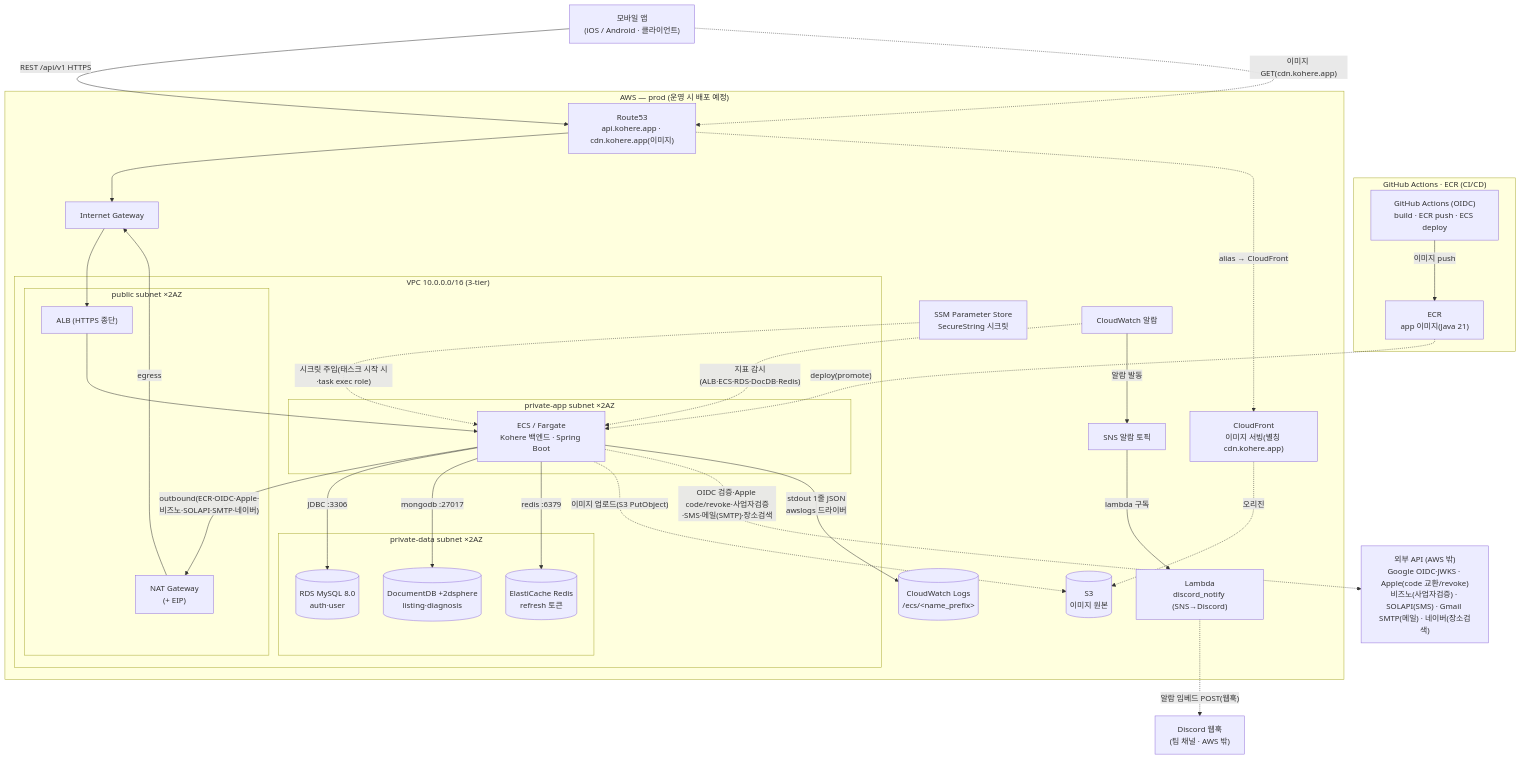
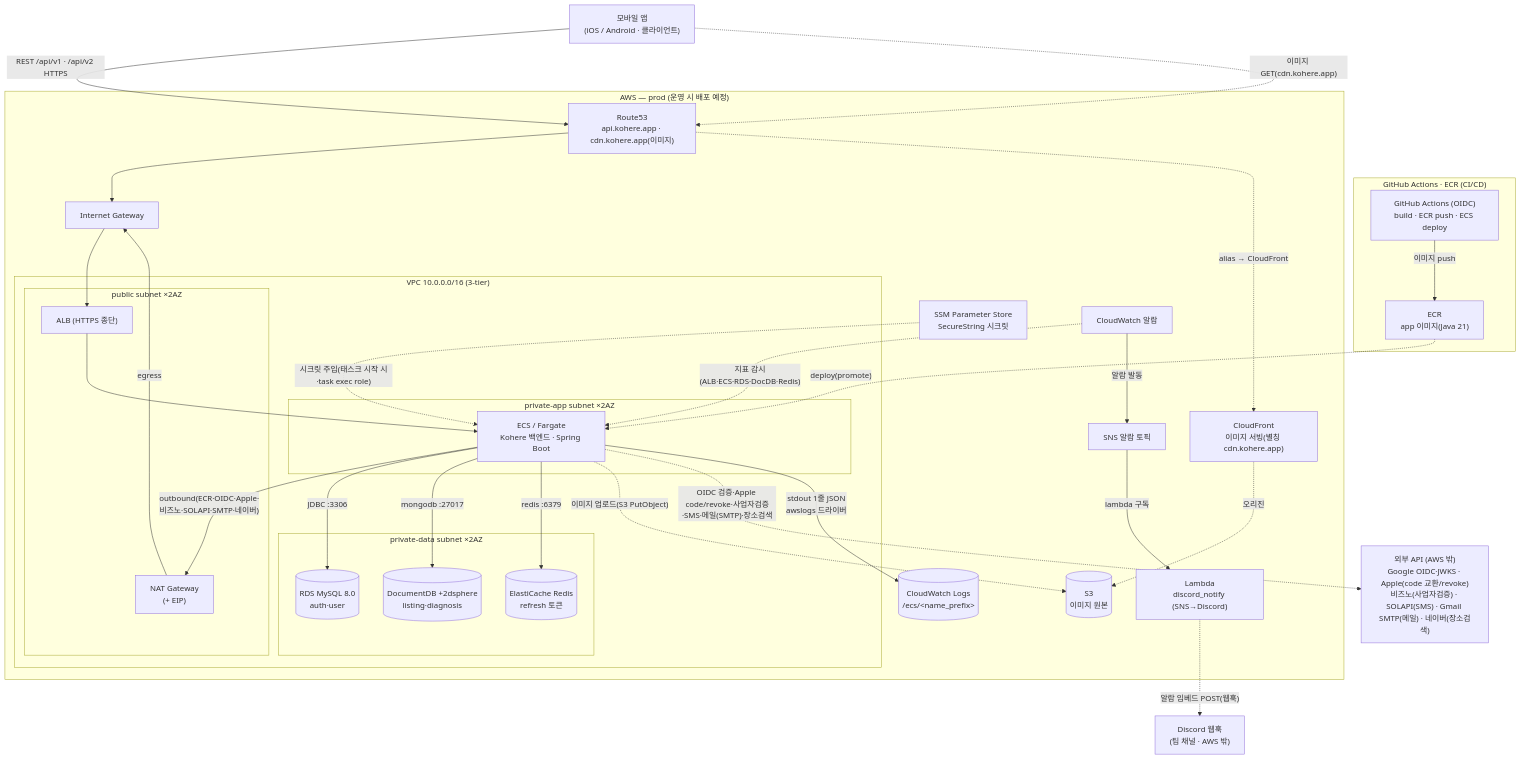
Before and after one commit to jameskim9509/Kohere-backend: the fourth of 5 diagrams in docs/architecture/system-overview.md, drawn with Mermaid. The commit also changed other lines of this file and 210 other files, not shown here.

````diff
--- a/docs/architecture/system-overview.md
+++ b/docs/architecture/system-overview.md
@@ -199,60 +210,60 @@
 ```mermaid
 flowchart TB
     APP["모바일 앱<br/>(iOS / Android · 클라이언트)"]
     EXT["외부 API (AWS 밖)<br/>Google OIDC·JWKS · Apple(code 교환/revoke)<br/>비즈노(사업자검증) · SOLAPI(SMS) · Gmail SMTP(메일) · 네이버(장소검색)"]
     DISCORD["Discord 웹훅<br/>(팀 채널 · AWS 밖)"]
 
     subgraph CICD["GitHub Actions · ECR (CI/CD)"]
       GHA["GitHub Actions (OIDC)<br/>build · ECR push · ECS deploy"]
       ECR["ECR<br/>app 이미지(Java 21)"]
     end
 
     subgraph AWS["AWS — prod (운영 시 배포 예정)"]
       R53["Route53<br/>api.kohere.app · cdn.kohere.app(이미지)"]
       CF["CloudFront<br/>이미지 서빙(별칭 cdn.kohere.app)"]
       S3IMG[("S3<br/>이미지 원본")]
       SSM["SSM Parameter Store<br/>SecureString 시크릿"]
       CW["CloudWatch 알람"]
       CWLOG[("CloudWatch Logs<br/>/ecs/&lt;name_prefix&gt;")]
       SNS["SNS 알람 토픽"]
       LMBD["Lambda<br/>discord_notify (SNS→Discord)"]
       IGW["Internet Gateway"]
       subgraph VPC["VPC 10.0.0.0/16 (3-tier)"]
         subgraph PUB["public subnet ×2AZ"]
           ALB["ALB (HTTPS 종단)"]
           NAT["NAT Gateway<br/>(+ EIP)"]
         end
         subgraph APPNET["private-app subnet ×2AZ"]
           FARGATE["ECS / Fargate<br/>Kohere 백엔드 · Spring Boot"]
         end
         subgraph DATANET["private-data subnet ×2AZ"]
           RDS[("RDS MySQL 8.0<br/>auth·user")]
           MONGO[("DocumentDB +2dsphere<br/>listing·diagnosis")]
           ELASTI[("ElastiCache Redis<br/>refresh 토큰")]
         end
       end
     end
 
     GHA -- "이미지 push" --> ECR
     ECR -. "deploy(promote)" .-> FARGATE
-    APP -- "REST /api/v1 HTTPS" --> R53
+    APP -- "REST /api/v1 · /api/v2 HTTPS" --> R53
     R53 --> IGW
     IGW --> ALB
     ALB --> FARGATE
     FARGATE -- "outbound(ECR·OIDC·Apple·비즈노·SOLAPI·SMTP·네이버)" --> NAT
     NAT -- "egress" --> IGW
     SSM -. "시크릿 주입(태스크 시작 시·task exec role)" .-> FARGATE
     FARGATE -- "JDBC :3306" --> RDS
     FARGATE -- "mongodb :27017" --> MONGO
     FARGATE -- "redis :6379" --> ELASTI
     FARGATE -. "이미지 업로드(S3 PutObject)" .-> S3IMG
     CF -. "오리진" .-> S3IMG
     APP -. "이미지 GET(cdn.kohere.app)" .-> R53
     R53 -. "alias → CloudFront" .-> CF
     FARGATE -. "OIDC 검증·Apple code/revoke·사업자검증·SMS·메일(SMTP)·장소검색" .-> EXT
     CW -. "지표 감시(ALB·ECS·RDS·DocDB·Redis)" .-> FARGATE
     FARGATE -- "stdout 1줄 JSON<br/>awslogs 드라이버" --> CWLOG
     CW -- "알람 발동" --> SNS
     SNS -- "lambda 구독" --> LMBD
     LMBD -. "알람 임베드 POST(웹훅)" .-> DISCORD
 ```
````
